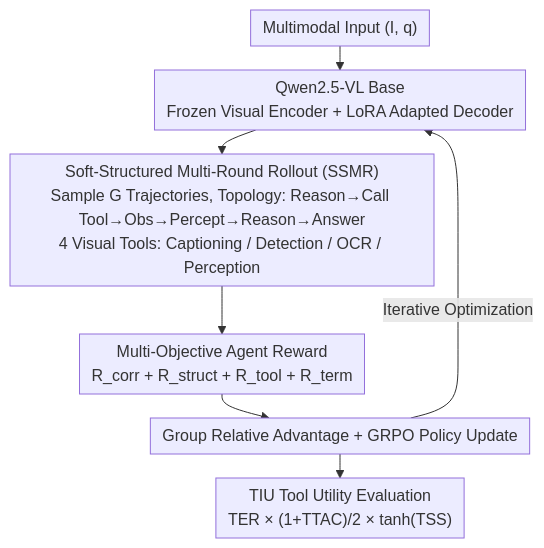
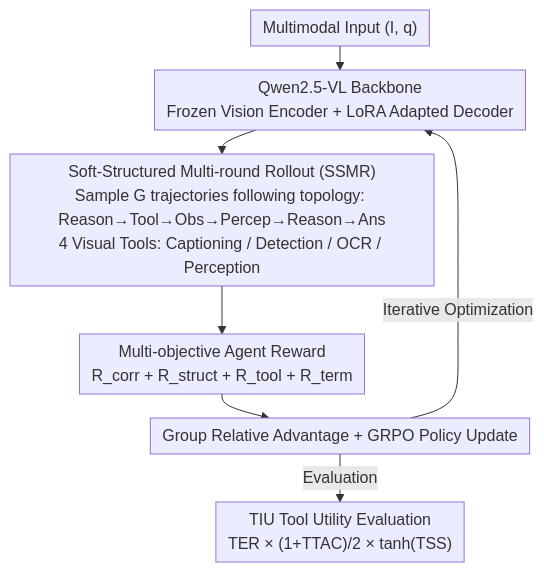
One commit to zhaoyang97/Paper-Notes-en changed the diagram in docs/ACL2026/llm_agent/waking_up_blind_cold-start_optimization_of_supervision-free_agentic_trajectories.md. Above: the diagram before and after it, drawn with Mermaid. The commit also changed other lines of this file and 5084 other files, not shown here.

````diff
--- a/docs/ACL2026/llm_agent/waking_up_blind_cold-start_optimization_of_supervision-free_agentic_trajectories.md
+++ b/docs/ACL2026/llm_agent/waking_up_blind_cold-start_optimization_of_supervision-free_agentic_trajectories.md
@@ -44,10 +44,10 @@
 ```mermaid
 %%{init: {'flowchart': {'rankSpacing': 24, 'nodeSpacing': 28, 'padding': 6, 'wrappingWidth': 400}}}%%
 flowchart TD
-    A["Multimodal Input (I, q)"] --> B["Qwen2.5-VL Base<br/>Frozen Visual Encoder + LoRA Adapted Decoder"]
-    B --> C["Soft-Structured Multi-Round Rollout (SSMR)<br/>Sample G Trajectories, Topology: Reason→Call Tool→Obs→Percept→Reason→Answer<br/>4 Visual Tools: Captioning / Detection / OCR / Perception"]
-    C --> D["Multi-Objective Agent Reward<br/>R_corr + R_struct + R_tool + R_term"]
+    A["Multimodal Input (I, q)"] --> B["Qwen2.5-VL Backbone<br/>Frozen Vision Encoder + LoRA Adapted Decoder"]
+    B --> C["Soft-Structured Multi-round Rollout (SSMR)<br/>Sample G trajectories following topology: Reason→Tool→Obs→Percep→Reason→Ans<br/>4 Visual Tools: Captioning / Detection / OCR / Perception"]
+    C --> D["Multi-objective Agent Reward<br/>R_corr + R_struct + R_tool + R_term"]
     D --> E["Group Relative Advantage + GRPO Policy Update"]
     E -->|Iterative Optimization| B
-    E --> F["TIU Tool Utility Evaluation<br/>TER × (1+TTAC)/2 × tanh(TSS)"]
+    E -->|Evaluation| F["TIU Tool Utility Evaluation<br/>TER × (1+TTAC)/2 × tanh(TSS)"]
 ```
````
